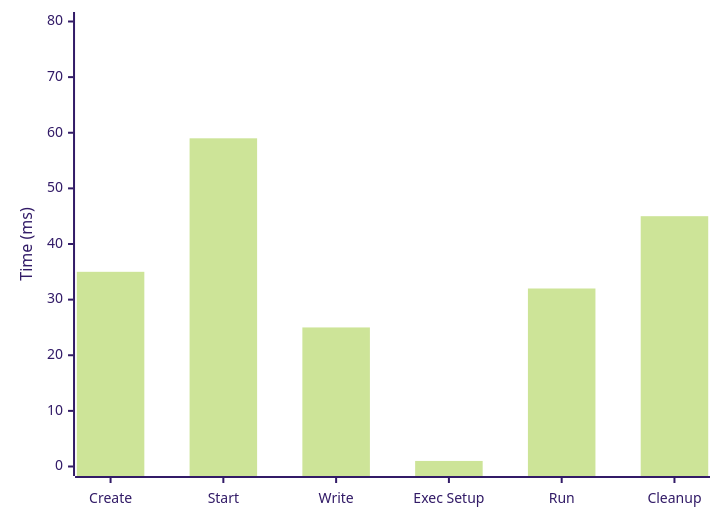
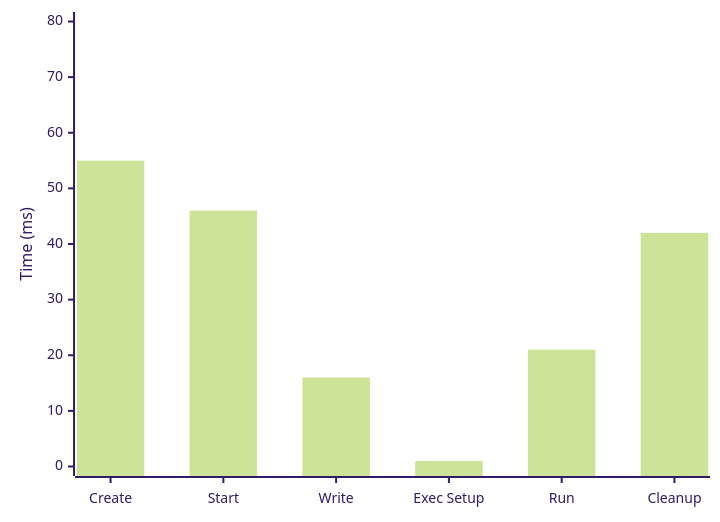
One commit to Illusion47586/isol8 changed the third of 4 diagrams in docs/benchmarks.mdx. Above: the diagram before and after it, drawn with Mermaid (forest theme). The commit also changed other lines of this file and 13 other files, not shown here.

````diff
--- a/docs/benchmarks.mdx
+++ b/docs/benchmarks.mdx
@@ -136,14 +136,14 @@
 ```mermaid
 ---
 config:
   xyChart:
     xAxis:
       label: "Phase"
     yAxis:
       label: "Time (ms)"
 ---
 xychart-beta
     x-axis ["Create", "Start", "Write", "Exec Setup", "Run", "Cleanup"]
     y-axis "Time (ms)" 0 --> 80
-    bar [35, 59, 25, 1, 32, 45]
+    bar [55, 46, 16, 1, 21, 42]
 ```
````
